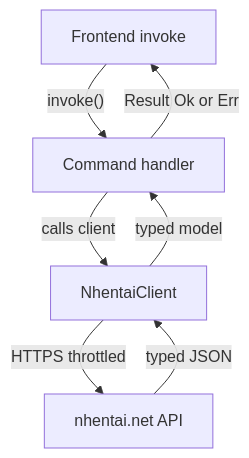
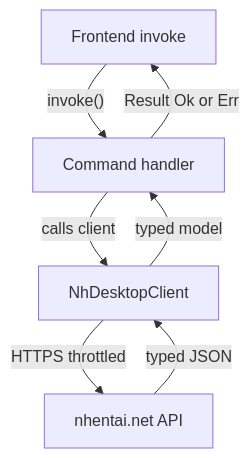
Before and after one commit to HELIX-Origin/nhentai-desktop: the diagram in wiki/Backend-Rust.md, drawn with Mermaid. The commit also changed other lines of this file and 105 other files, not shown here.

````diff
--- a/wiki/Backend-Rust.md
+++ b/wiki/Backend-Rust.md
@@ -9,9 +9,9 @@
 ```mermaid
 flowchart TD
     A[Frontend invoke] -->|"invoke()"| B[Command handler]
-    B -->|"calls client"| C[NhentaiClient]
+    B -->|"calls client"| C[NhDesktopClient]
     C -->|"HTTPS throttled"| D[nhentai.net API]
     D -->|"typed JSON"| C
     C -->|"typed model"| B
     B -->|"Result Ok or Err"| A
 ```
````
